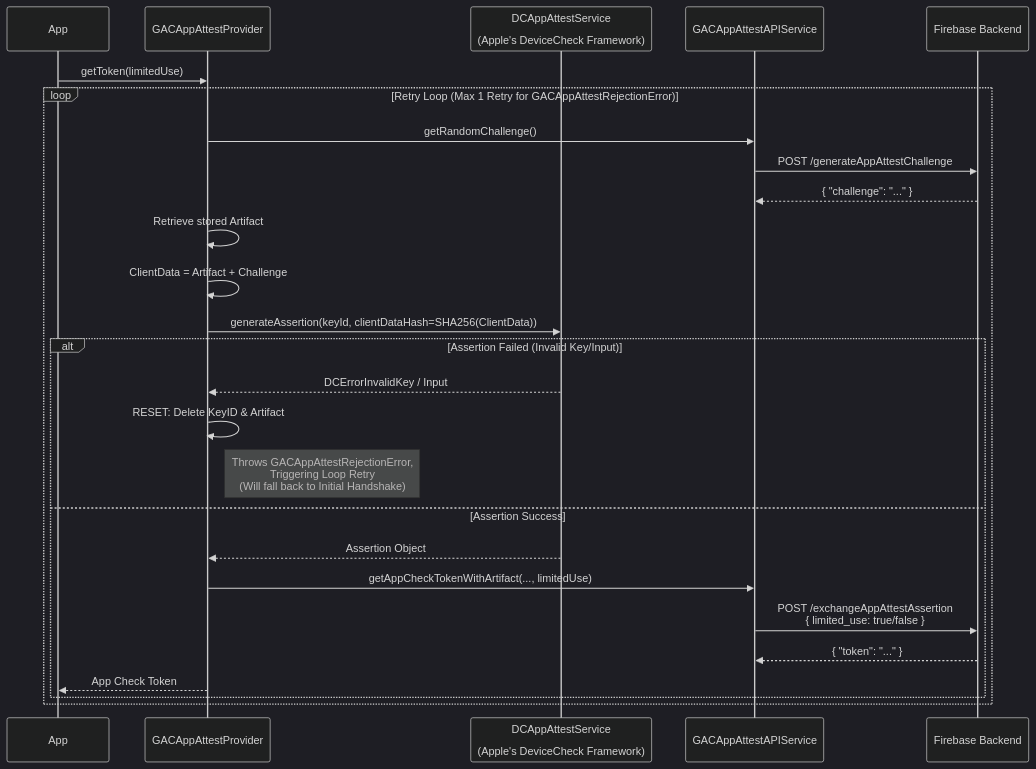
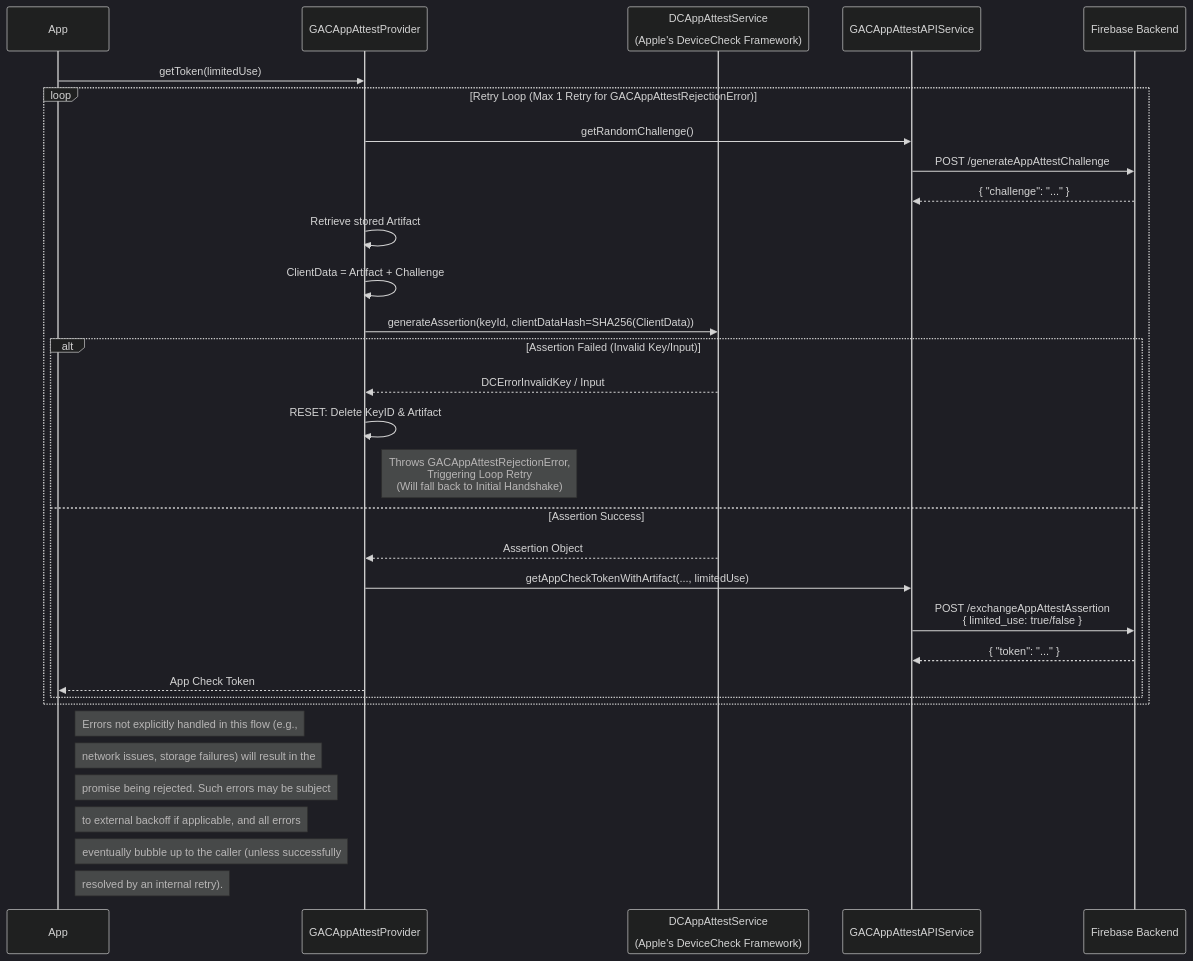
One commit to google/app-check changed the fifth of 5 diagrams in docs/providers/app-attest.md. Above: the diagram before and after it, drawn with Mermaid (dark theme). The commit also changed other lines of this file, not shown here.

````diff
--- a/docs/providers/app-attest.md
+++ b/docs/providers/app-attest.md
@@ -250,34 +256,40 @@
 ```mermaid
 sequenceDiagram
     participant App
     participant Provider as GACAppAttestProvider
     participant Apple as DCAppAttestService<br/><br/>(Apple's DeviceCheck Framework)
     participant API as GACAppAttestAPIService
     participant Backend as Firebase Backend
 
     App->>Provider: getToken(limitedUse)
     
     loop Retry Loop (Max 1 Retry for GACAppAttestRejectionError)
         Provider->>API: getRandomChallenge()
         API->>Backend: POST /generateAppAttestChallenge
         Backend-->>API: { "challenge": "..." }
 
         Provider->>Provider: Retrieve stored Artifact
         Provider->>Provider: ClientData = Artifact + Challenge
         Provider->>Apple: generateAssertion(keyId, clientDataHash=SHA256(ClientData))
         
         alt Assertion Failed (Invalid Key/Input)
             Apple-->>Provider: DCErrorInvalidKey / Input
             Provider->>Provider: RESET: Delete KeyID & Artifact
             Note right of Provider: Throws GACAppAttestRejectionError,<br/>Triggering Loop Retry<br/>(Will fall back to Initial Handshake)
         else Assertion Success
             Apple-->>Provider: Assertion Object
             
             Provider->>API: getAppCheckTokenWithArtifact(..., limitedUse)
             API->>Backend: POST /exchangeAppAttestAssertion<br/>{ limited_use: true/false }
             Backend-->>API: { "token": "..." }
             
             Provider-->>App: App Check Token
         end
     end
+    Note right of App: Errors not explicitly handled in this flow (e.g.,
+    Note right of App: network issues, storage failures) will result in the
+    Note right of App: promise being rejected. Such errors may be subject
+    Note right of App: to external backoff if applicable, and all errors
+    Note right of App: eventually bubble up to the caller (unless successfully
+    Note right of App: resolved by an internal retry).
 ```
````
